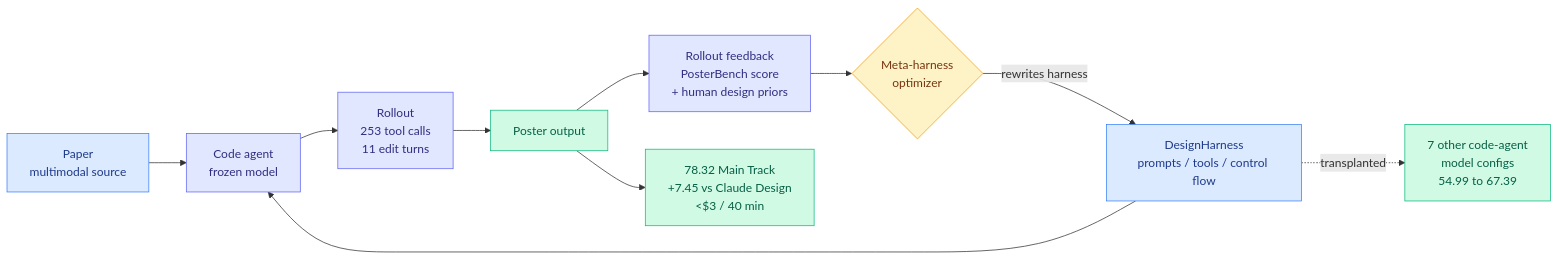
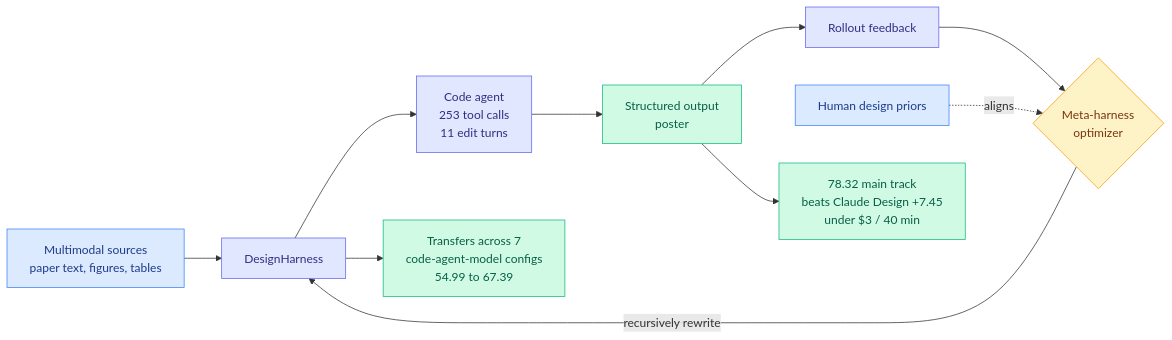
One commit to bayesiansapien/cere-bro changed the diagram in wiki/agentic-systems/2026-08-14-autodesign-meta-harness-optimization.md. Above: the diagram before and after it, drawn with Mermaid. The commit also changed other lines of this file, not shown here.

Commit message:
wiki: update wiki/2026-08-14-autodesign-meta-harness-optimization

````diff
--- a/wiki/agentic-systems/2026-08-14-autodesign-meta-harness-optimization.md
+++ b/wiki/agentic-systems/2026-08-14-autodesign-meta-harness-optimization.md
@@ -15,20 +13,20 @@
 ```mermaid
 flowchart LR
-  P[Paper<br/>multimodal source] --> CA[Code agent<br/>frozen model]
-  H[DesignHarness<br/>prompts / tools / control flow] --> CA
-  CA --> R[Rollout<br/>253 tool calls<br/>11 edit turns]
-  R --> PO[Poster output]
-  PO --> FB[Rollout feedback<br/>PosterBench score<br/>+ human design priors]
-  FB --> MO{Meta-harness<br/>optimizer}
-  MO -->|rewrites harness| H
-  PO --> RES[78.32 Main Track<br/>+7.45 vs Claude Design<br/>&lt;$3 / 40 min]
-  H -.transplanted.-> SEVEN[7 other code-agent<br/>model configs<br/>54.99 to 67.39]
+  SRC[Multimodal sources<br/>paper text, figures, tables] --> H[DesignHarness]
+  H --> CA[Code agent<br/>253 tool calls<br/>11 edit turns]
+  CA --> OUT[Structured output<br/>poster]
+  OUT --> RF[Rollout feedback]
+  RF --> MO{Meta-harness<br/>optimizer}
+  HP[Human design priors] -.aligns.-> MO
+  MO -->|recursively rewrite| H
+  H --> X[Transfers across 7<br/>code-agent-model configs<br/>54.99 to 67.39]
+  OUT --> S[78.32 main track<br/>beats Claude Design +7.45<br/>under $3 / 40 min]
   classDef input fill:#dbeafe,stroke:#3b82f6,color:#1e3a8a
   classDef decision fill:#fef3c7,stroke:#f59e0b,color:#78350f
   classDef output fill:#d1fae5,stroke:#10b981,color:#065f46
   classDef aux fill:#e0e7ff,stroke:#6366f1,color:#312e81
-  class P,H input
+  class SRC,HP input
   class MO decision
-  class PO,RES,SEVEN output
-  class CA,R,FB aux
+  class OUT,S,X output
+  class H,CA,RF aux
 ```
````
